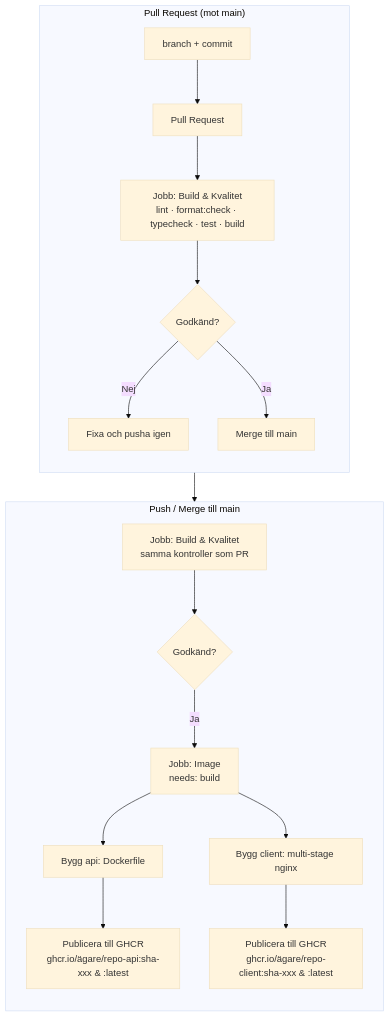
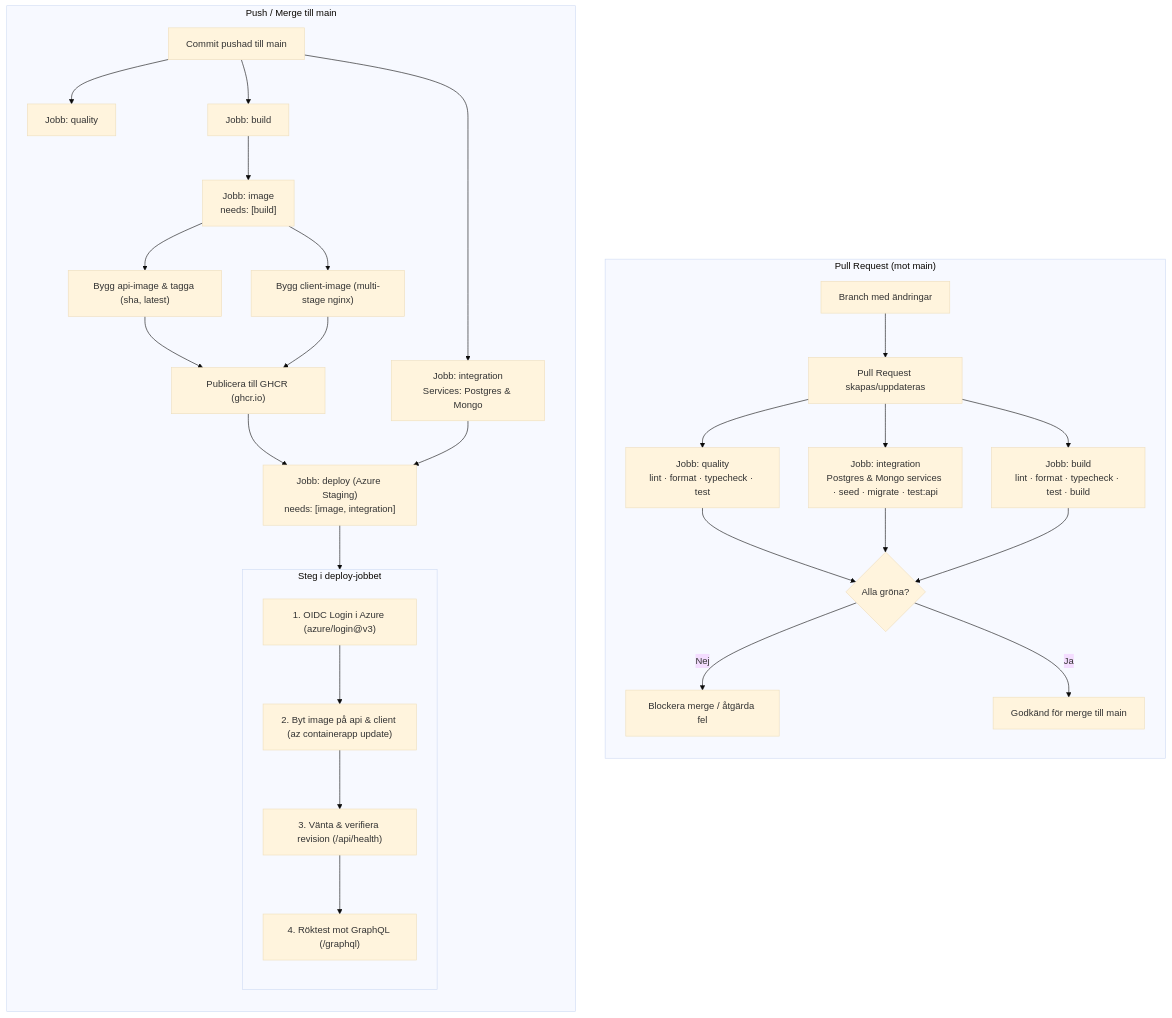
One commit to Snudde/utpost changed the diagram in docs/pipeline.md. Above: the diagram before and after it, drawn with Mermaid (base theme). The commit also changed other lines of this file and 5 other files, not shown here.

````diff
--- a/docs/pipeline.md
+++ b/docs/pipeline.md
@@ -15,22 +7,39 @@
 ```mermaid
 flowchart TD
   subgraph PR ["Pull Request (mot main)"]
     direction TB
-    B1[branch + commit] --> PR1[Pull Request]
-    PR1 --> J1[Jobb: Build & Kvalitet<br/>lint · format:check · typecheck · test · build]
-    J1 --> S1{Godkänd?}
-    S1 -->|Nej| F1[Fixa och pusha igen]
-    S1 -->|Ja| M1[Merge till main]
+    PR_B[Branch med ändringar] --> PR_TRIGGER[Pull Request skapas/uppdateras]
+    PR_TRIGGER --> J_QUAL_PR["Jobb: quality<br/>lint · format · typecheck · test"]
+    PR_TRIGGER --> J_INT_PR["Jobb: integration<br/>Postgres & Mongo services · seed · migrate · test:api"]
+    PR_TRIGGER --> J_BUILD_PR["Jobb: build<br/>lint · format · typecheck · test · build"]
+    J_QUAL_PR --> PR_CHECK{Alla gröna?}
+    J_INT_PR --> PR_CHECK
+    J_BUILD_PR --> PR_CHECK
+    PR_CHECK -->|Nej| PR_FAIL[Blockera merge / åtgärda fel]
+    PR_CHECK -->|Ja| PR_MERGE[Godkänd för merge till main]
   end
 
   subgraph MAIN ["Push / Merge till main"]
     direction TB
-    M1 --> J2[Jobb: Build & Kvalitet<br/>samma kontroller som PR]
-    J2 --> S2{Godkänd?}
-    S2 -->|Ja| J3[Jobb: Image<br/>needs: build]
-    J3 --> IMG1[Bygg api: Dockerfile]
-    J3 --> IMG2[Bygg client: multi-stage nginx]
-    IMG1 --> PUB[Publicera till GHCR<br/>ghcr.io/ägare/repo-api:sha-xxx & :latest]
-    IMG2 --> PUB2[Publicera till GHCR<br/>ghcr.io/ägare/repo-client:sha-xxx & :latest]
+    M_PUSH[Commit pushad till main] --> J_QUAL["Jobb: quality"]
+    M_PUSH --> J_INT["Jobb: integration<br/>Services: Postgres & Mongo"]
+    M_PUSH --> J_BUILD["Jobb: build"]
+    
+    J_BUILD --> J_IMG["Jobb: image<br/>needs: [build]"]
+    J_IMG --> IMG_API["Bygg api-image & tagga (sha, latest)"]
+    J_IMG --> IMG_CLIENT["Bygg client-image (multi-stage nginx)"]
+    IMG_API --> PUB_GHCR["Publicera till GHCR (ghcr.io)"]
+    IMG_CLIENT --> PUB_GHCR
+
+    PUB_GHCR --> J_DEP["Jobb: deploy (Azure Staging)<br/>needs: [image, integration]"]
+    J_INT --> J_DEP
+
+    subgraph DEPLOY_STEPS ["Steg i deploy-jobbet"]
+      direction TB
+      D_LOGIN["1. OIDC Login i Azure (azure/login@v3)"] --> D_UPDATE["2. Byt image på api & client (az containerapp update)"]
+      D_UPDATE --> D_WAIT["3. Vänta & verifiera revision (/api/health)"]
+      D_WAIT --> D_SMOKE["4. Röktest mot GraphQL (/graphql)"]
+    end
+    J_DEP --> DEPLOY_STEPS
   end
 ```
````
